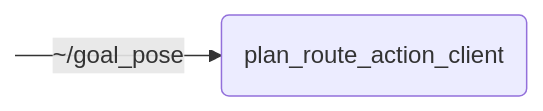
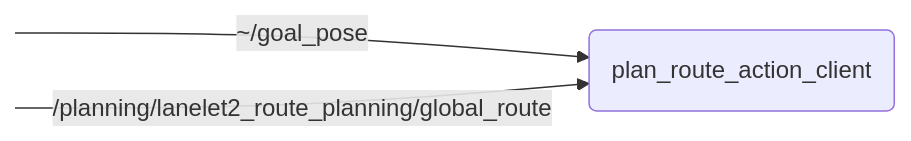
Before and after one commit to openads-project/lanelet2_route_planning: the diagram in plan_route_action_client/README.md, drawn with Mermaid. The commit also changed other lines of this file and 3 other files, not shown here.

````diff
--- a/plan_route_action_client/README.md
+++ b/plan_route_action_client/README.md
@@ -17,6 +17,7 @@
 ```mermaid
 flowchart LR
     NODE("plan_route_action_client")
     S0:::hidden -->|~/goal_pose| NODE
+    S1:::hidden -->|/planning/lanelet2_route_planning/global_route| NODE
     classDef hidden display: none;
 ```
````
